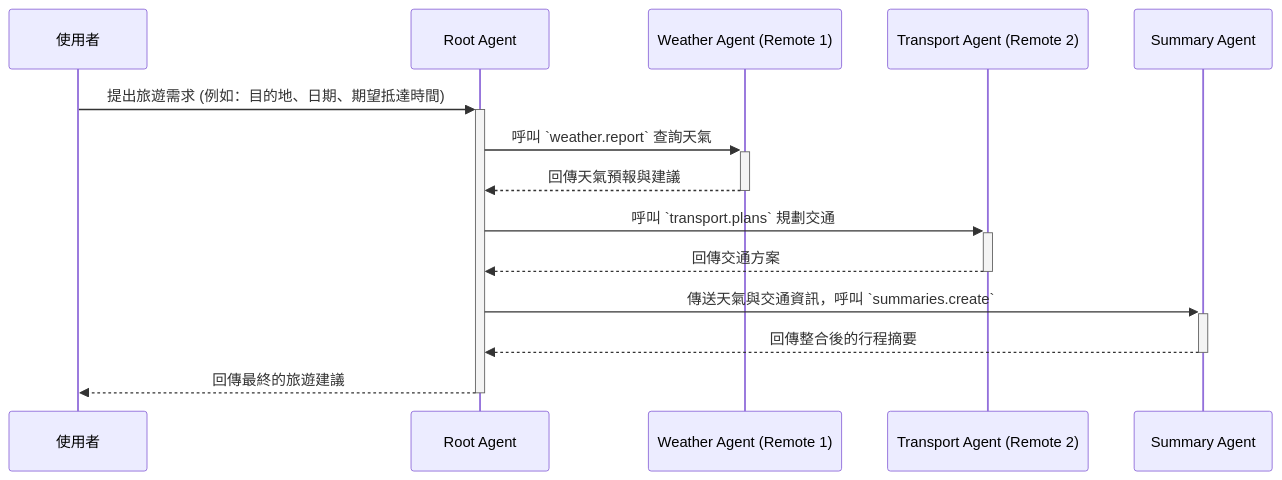
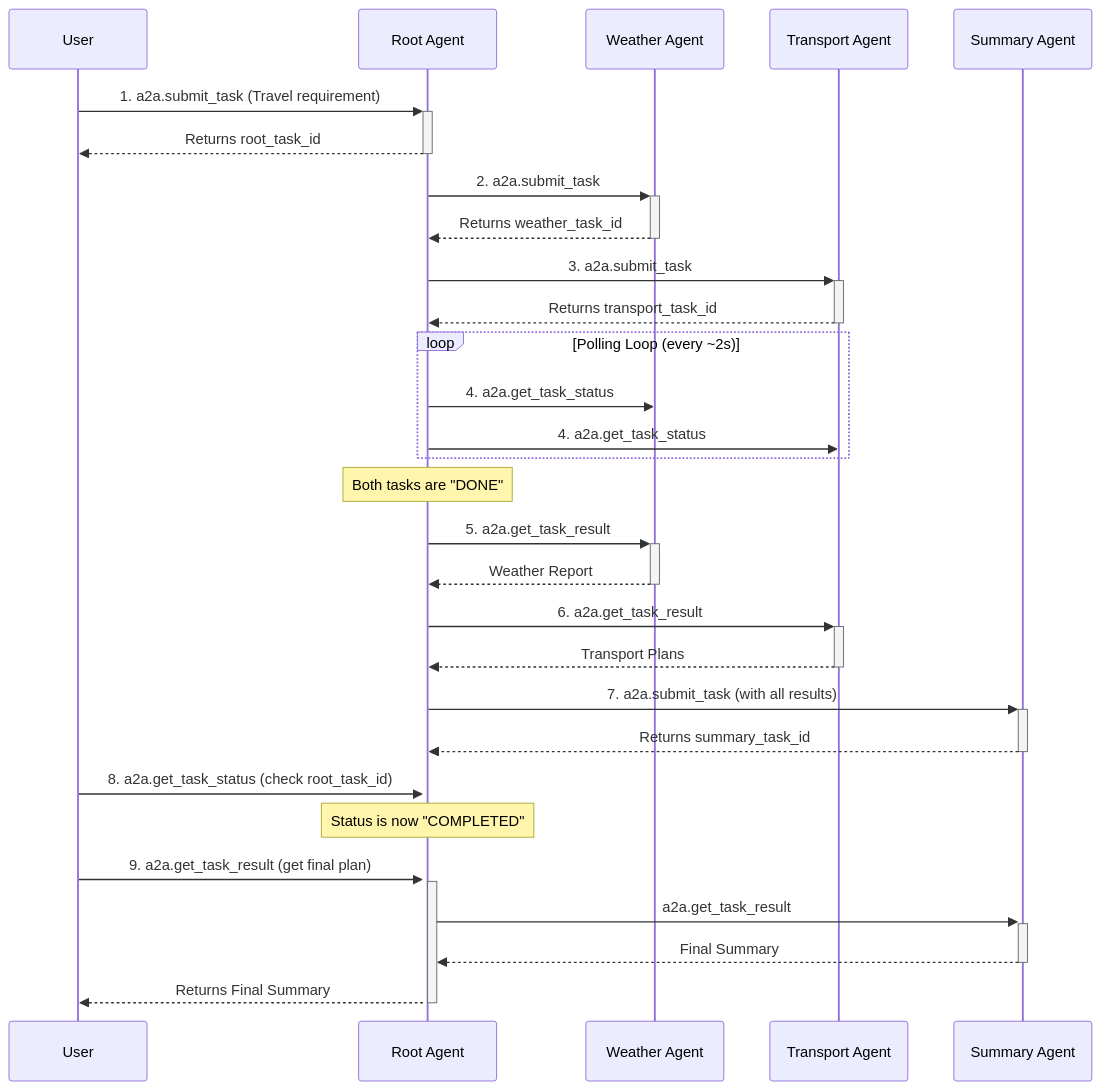
The diagram in README.md (AmberFu/a2a_cash_flow_demo), drawn with Mermaid before and after one commit. The commit also changed other lines of this file and 10 other files, not shown here.

````diff
--- a/README.md
+++ b/README.md
@@ -23,17 +30,39 @@
 ```mermaid
 sequenceDiagram
-    participant User as 使用者
-    participant Root as Root Agent
-    participant Weather as Weather Agent (Remote 1)
-    participant Transport as Transport Agent (Remote 2)
-    participant Summary as Summary Agent
+    participant User
+    participant Root Agent
+    participant Weather Agent
+    participant Transport Agent
+    participant Summary Agent
 
-    User->>+Root: 提出旅遊需求 (例如：目的地、日期、期望抵達時間)
-    Root->>+Weather: 呼叫 `weather.report` 查詢天氣
-    Weather-->>-Root: 回傳天氣預報與建議
-    Root->>+Transport: 呼叫 `transport.plans` 規劃交通
-    Transport-->>-Root: 回傳交通方案
-    Root->>+Summary: 傳送天氣與交通資訊，呼叫 `summaries.create`
-    Summary-->>-Root: 回傳整合後的行程摘要
-    Root-->>-User: 回傳最終的旅遊建議
+    User->>+Root Agent: 1. a2a.submit_task (Travel requirement)
+    Root Agent-->>-User: Returns root_task_id
+
+    Root Agent->>+Weather Agent: 2. a2a.submit_task
+    Weather Agent-->>-Root Agent: Returns weather_task_id
+    Root Agent->>+Transport Agent: 3. a2a.submit_task
+    Transport Agent-->>-Root Agent: Returns transport_task_id
+
+    loop Polling Loop (every ~2s)
+        Root Agent->>Weather Agent: 4. a2a.get_task_status
+        Root Agent->>Transport Agent: 4. a2a.get_task_status
+    end
+
+    Note over Root Agent: Both tasks are "DONE"
+
+    Root Agent->>+Weather Agent: 5. a2a.get_task_result
+    Weather Agent-->>-Root Agent: Weather Report
+    Root Agent->>+Transport Agent: 6. a2a.get_task_result
+    Transport Agent-->>-Root Agent: Transport Plans
+
+    Root Agent->>+Summary Agent: 7. a2a.submit_task (with all results)
+    Summary Agent-->>-Root Agent: Returns summary_task_id
+
+    User->>+Root Agent: 8. a2a.get_task_status (check root_task_id)
+    Note over Root Agent: Status is now "COMPLETED"
+
+    User->>+Root Agent: 9. a2a.get_task_result (get final plan)
+    Root Agent->>+Summary Agent: a2a.get_task_result
+    Summary Agent-->>-Root Agent: Final Summary
+    Root Agent-->>-User: Returns Final Summary
 ```
````
